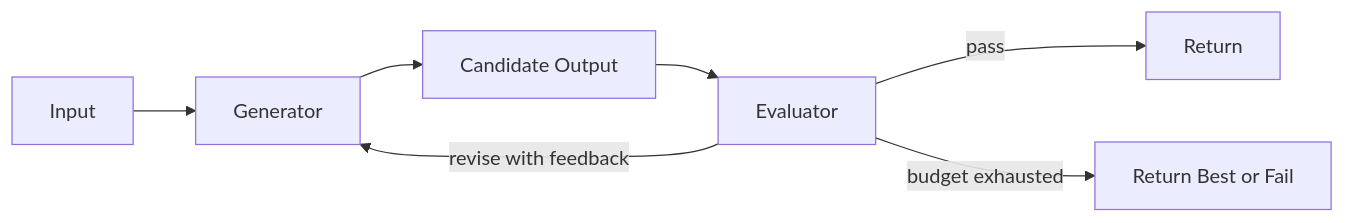
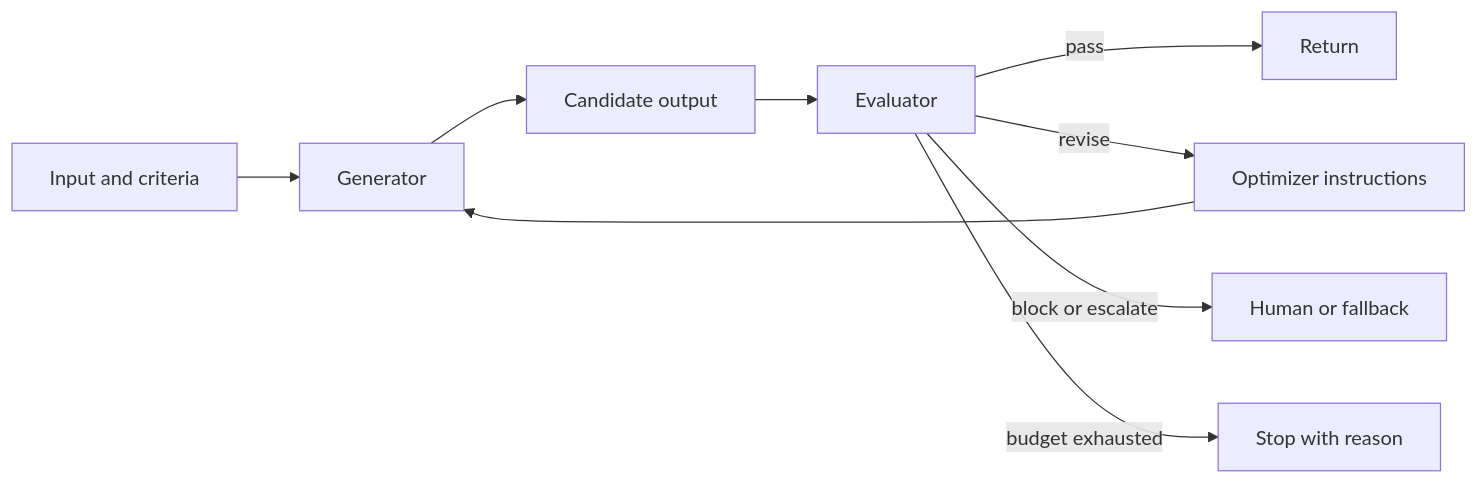
Before and after one commit to GTuritto/Agentic-Systems-Patterns: the diagram in evaluator-optimizer-pattern/README.md, drawn with Mermaid. The commit also changed other lines of this file and 1 other file, not shown here.

Commit message:
docs: strengthen evaluator optimizer guidance

````diff
--- a/evaluator-optimizer-pattern/README.md
+++ b/evaluator-optimizer-pattern/README.md
@@ -21,9 +29,11 @@
 ```mermaid
 flowchart LR
-  I[Input] --> G[Generator]
-  G --> O[Candidate Output]
-  O --> E[Evaluator]
+  I[Input and criteria] --> G[Generator]
+  G --> C[Candidate output]
+  C --> E[Evaluator]
   E -->|pass| R[Return]
-  E -->|revise with feedback| G
-  E -->|budget exhausted| F[Return Best or Fail]
+  E -->|revise| O[Optimizer instructions]
+  O --> G
+  E -->|block or escalate| H[Human or fallback]
+  E -->|budget exhausted| S[Stop with reason]
 ```
````
